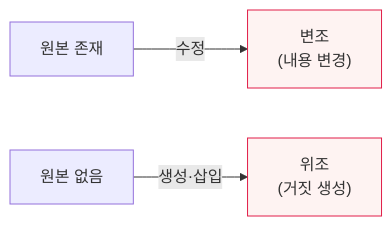
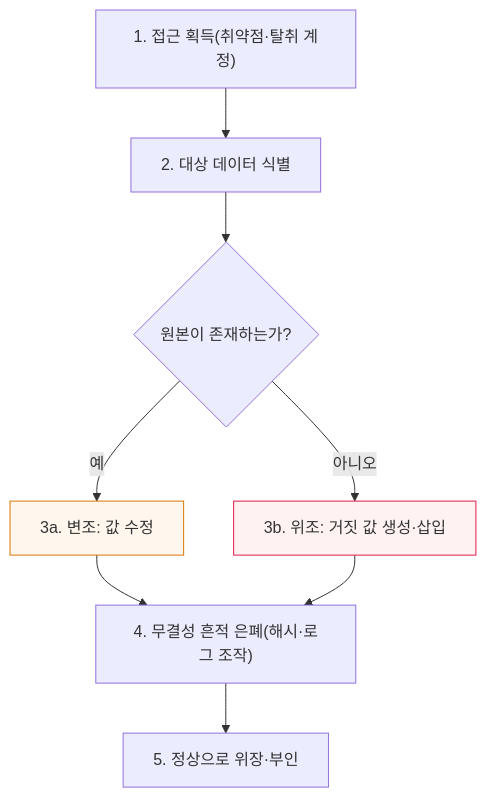
The second of 2 diagrams in content/modification-fabrication.md (coninggu/wjdqhrhksflrltnftk), drawn with Mermaid before and after one commit. The commit also changed other lines of this file and 3 other files, not shown here.

````diff
--- a/content/modification-fabrication.md
+++ b/content/modification-fabrication.md
@@ -20,7 +48,12 @@
 ```mermaid
-flowchart LR
-  O["원본 존재"] -->|수정| M["변조<br/>(내용 변경)"]
-  N["원본 없음"] -->|생성·삽입| F["위조<br/>(거짓 생성)"]
-  style M fill:#fef3f2,stroke:#e11d48
+flowchart TD
+  A["1. 접근 획득(취약점·탈취 계정)"] --> B["2. 대상 데이터 식별"]
+  B --> C{"원본이 존재하는가?"}
+  C -->|"예"| M["3a. 변조: 값 수정"]
+  C -->|"아니오"| F["3b. 위조: 거짓 값 생성·삽입"]
+  M --> D["4. 무결성 흔적 은폐(해시·로그 조작)"]
+  F --> D
+  D --> E["5. 정상으로 위장·부인"]
+  style M fill:#fff7ed,stroke:#d97706
   style F fill:#fef3f2,stroke:#e11d48
 ```
````
